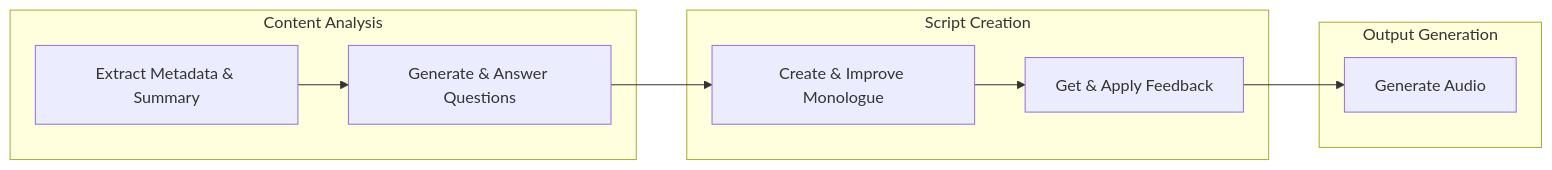
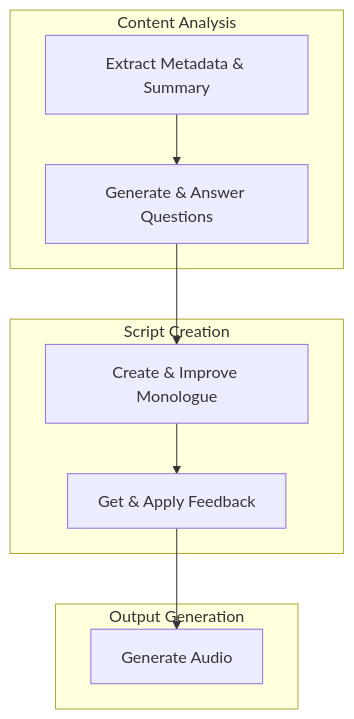
One commit to podcast-lm/the-ai-podcast changed the diagram in README.md. Above: the diagram before and after it, drawn with Mermaid.

Commit message:
better diagram

````diff
--- a/README.md
+++ b/README.md
@@ -23,15 +23,15 @@
 ```mermaid
-graph LR
+graph TD
     subgraph "Content Analysis"
     C[Extract Metadata & Summary] --> D[Generate & Answer Questions]
     end
 
     subgraph "Script Creation"
         D --> E[Create & Improve Monologue]
         E --> G[Get & Apply Feedback]
     end
 
     subgraph "Output Generation"
         G --> I[Generate Audio]
     end
 ```
````
